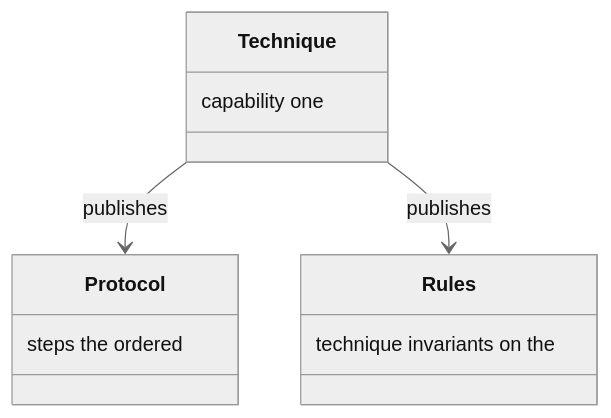
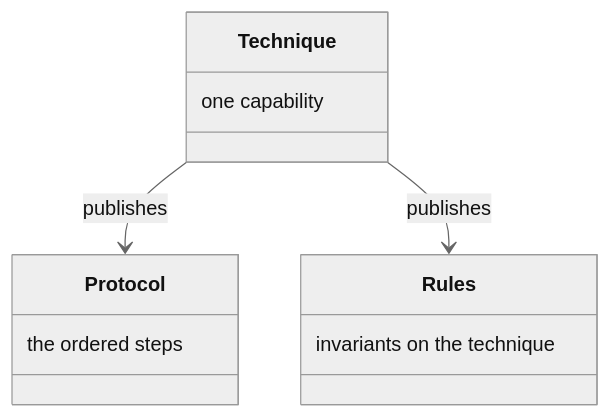
One commit to m2ux/workflow-server changed diagram 16 of 34 in docs/resolution.md. Above: the diagram before and after it, drawn with Mermaid (neutral theme). The commit also changed other lines of this file and 10 other files, not shown here.

Commit message:
Write each class-box note in reading order so the diagram shows the phrase as written.

````diff
--- a/docs/resolution.md
+++ b/docs/resolution.md
@@ -311,14 +311,14 @@
 ```mermaid
 classDiagram
   class Technique {
-    capability one
+    one capability
   }
   class Protocol {
-    steps the ordered
+    the ordered steps
   }
   class Rules {
-    technique invariants on the
+    invariants on the technique
   }
   Technique --> Protocol : publishes
   Technique --> Rules : publishes
 ```
````
